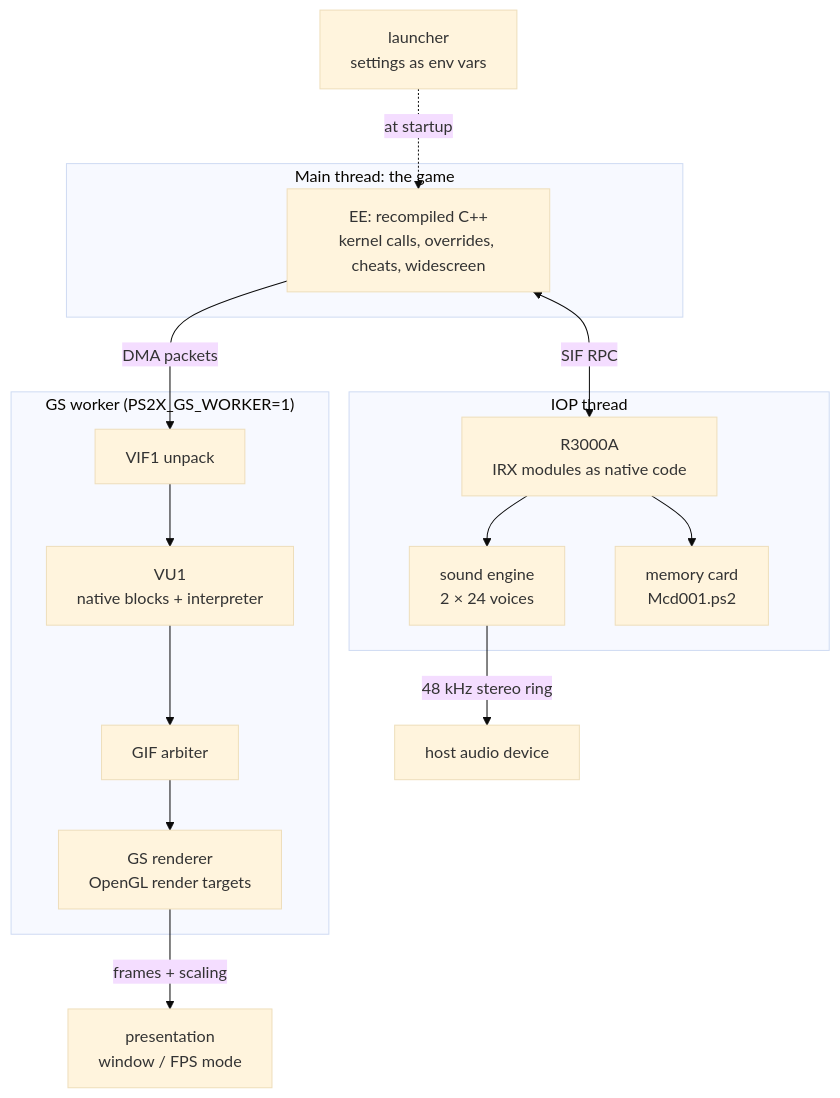
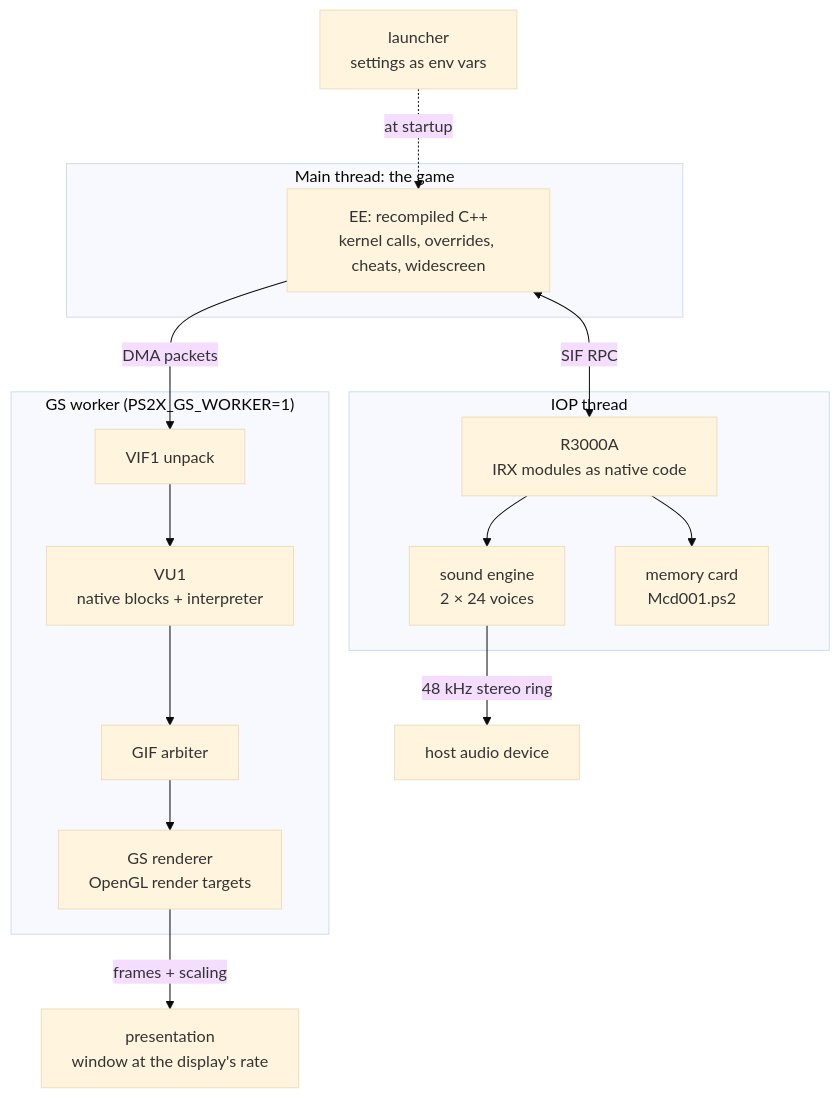
One commit to AboHamza-MS/gow-pc-port2 changed the diagram in docs/dev/ARCHITECTURE.md. Above: the diagram before and after it, drawn with Mermaid (base theme). The commit also changed 7 other files, not shown here.

First line of the commit message:
Docs: the rest of the FPS limit (no presentation-only mode left)

````diff
--- a/docs/dev/ARCHITECTURE.md
+++ b/docs/dev/ARCHITECTURE.md
@@ -11,25 +11,25 @@
 ```mermaid
 flowchart TB
     subgraph MAIN["Main thread: the game"]
         EE["EE: recompiled C++<br/>kernel calls, overrides, cheats, widescreen"]
     end
     subgraph WORKER["GS worker (PS2X_GS_WORKER=1)"]
         VIF["VIF1 unpack"]
         VU1["VU1<br/>native blocks + interpreter"]
         GIF["GIF arbiter"]
         GS["GS renderer<br/>OpenGL render targets"]
         VIF --> VU1 --> GIF --> GS
     end
     subgraph IOPTHREAD["IOP thread"]
         R3000["R3000A<br/>IRX modules as native code"]
         SND["sound engine<br/>2 × 24 voices"]
         CARD["memory card<br/>Mcd001.ps2"]
         R3000 --> SND
         R3000 --> CARD
     end
     LAUNCHER["launcher<br/>settings as env vars"] -. "at startup" .-> EE
     EE -- "DMA packets" --> VIF
     EE <-- "SIF RPC" --> R3000
-    GS -- "frames + scaling" --> PRESENT["presentation<br/>window / FPS mode"]
+    GS -- "frames + scaling" --> PRESENT["presentation<br/>window at the display's rate"]
     SND -- "48 kHz stereo ring" --> AUDIO["host audio device"]
 ```
````
